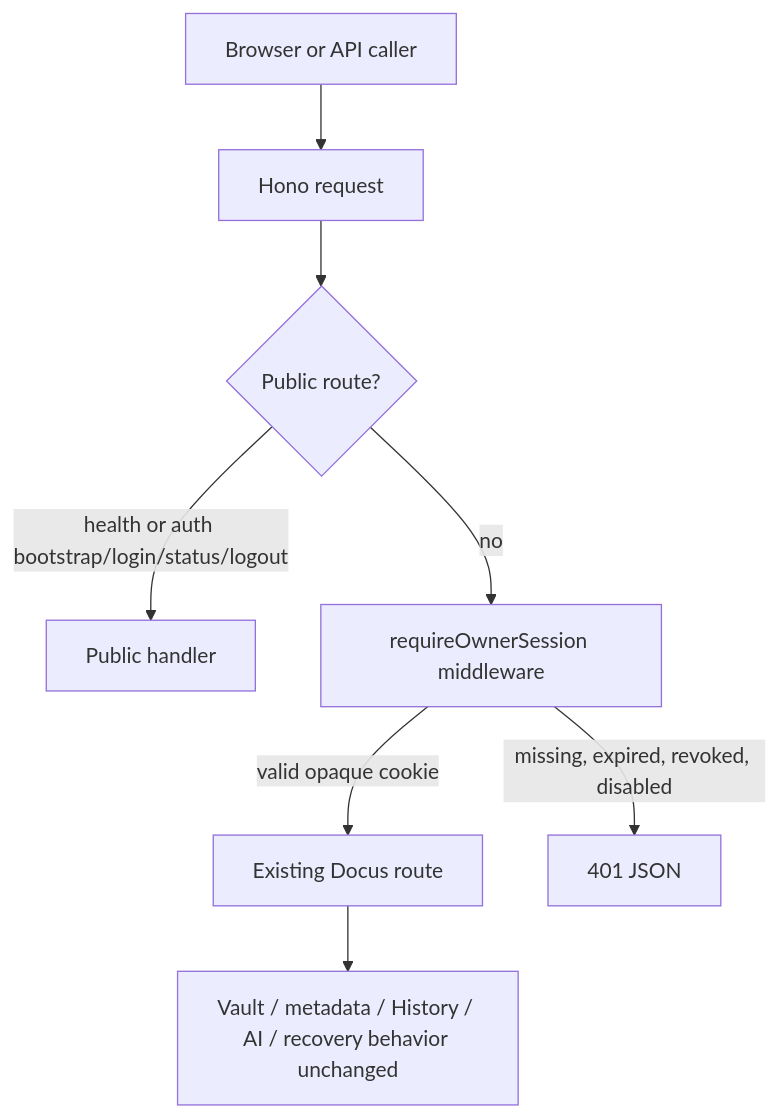
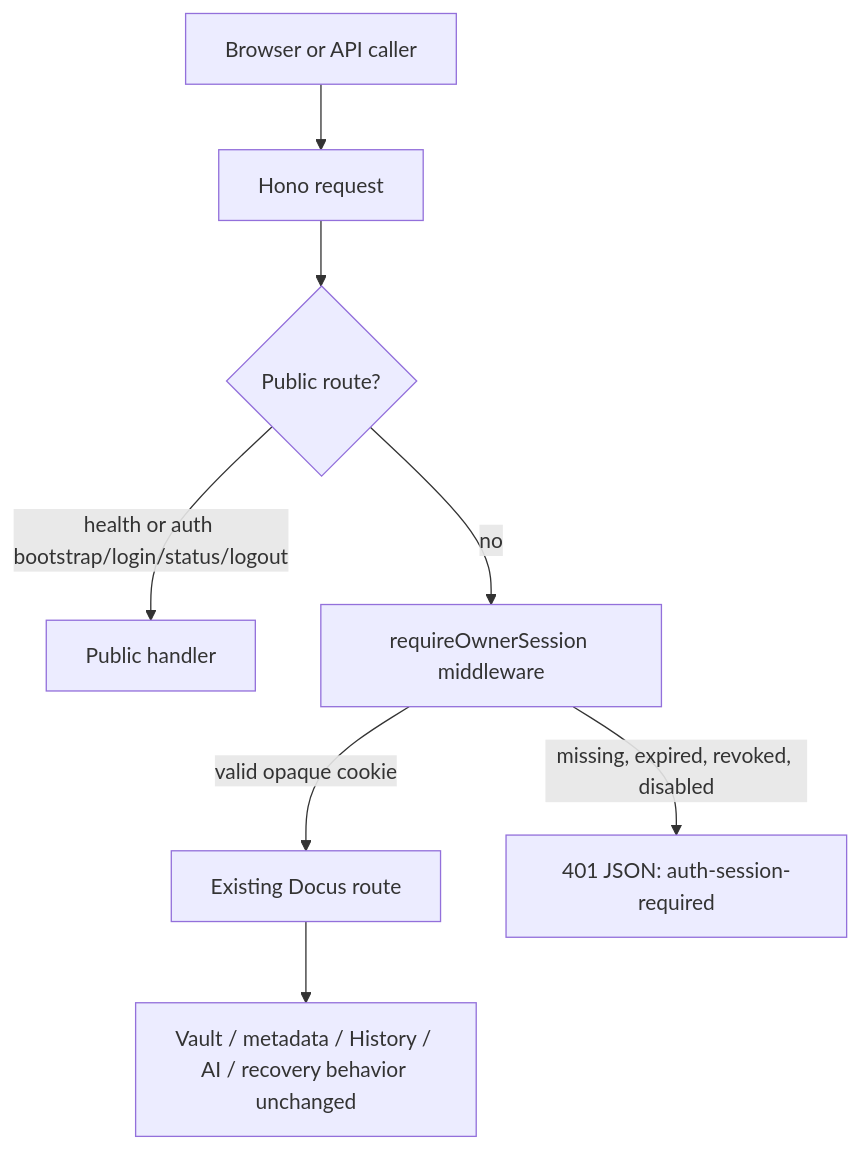
One commit to tangxiangxiang/docus changed the first of 3 diagrams in docs/design/authentication-v1-prd.md. Above: the diagram before and after it, drawn with Mermaid. The commit also changed other lines of this file, not shown here.

````diff
--- a/docs/design/authentication-v1-prd.md
+++ b/docs/design/authentication-v1-prd.md
@@ -51,10 +51,10 @@
 ```mermaid
 flowchart TD
   B["Browser or API caller"] --> H["Hono request"]
   H --> P{"Public route?"}
   P -->|health or auth bootstrap/login/status/logout| R[Public handler]
   P -->|no| M["requireOwnerSession middleware"]
   M -->|valid opaque cookie| A["Existing Docus route"]
-  M -->|missing, expired, revoked, disabled| U["401 JSON"]
+  M -->|missing, expired, revoked, disabled| U["401 JSON: auth-session-required"]
   A --> V["Vault / metadata / History / AI / recovery behavior unchanged"]
 ```
````
